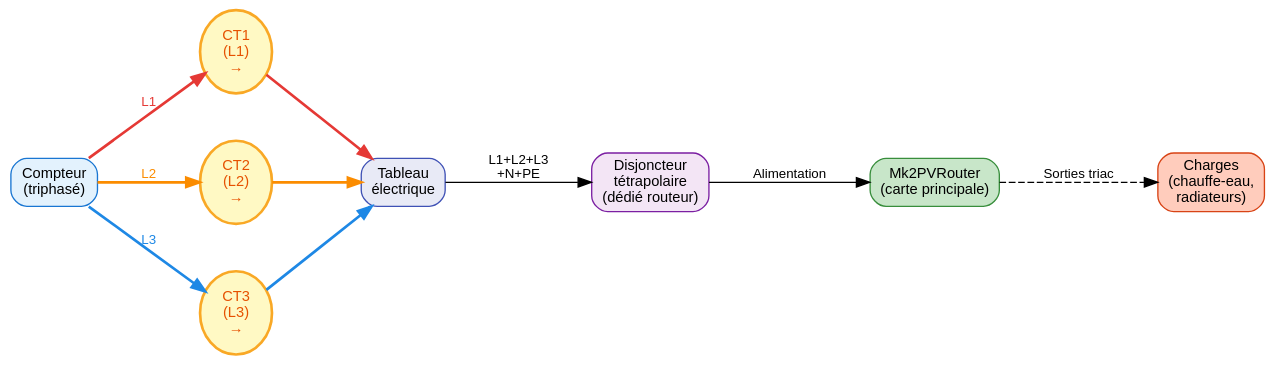
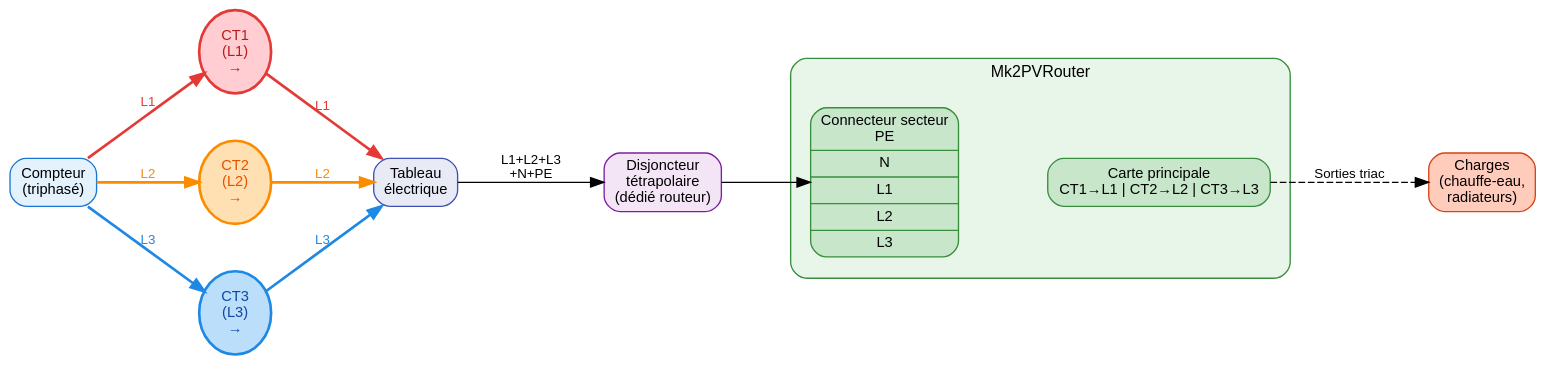
Before and after one commit to FredM67/Mk2PVRouter: the second of 2 diagrams in content/installation-finale.rst, drawn with Graphviz. The commit also changed other lines of this file and 2 other files, not shown here.

Commit message:
docs: improve CT diagrams, add Blondel theorem, reorder LV/HV
- Triphasé CT diagram: color-coded phases, show CT-to-connector
  mapping, add warning about phase/CT correspondence
- Add théorème de Blondel glossary entry with Wikipedia link
- Use :term: cross-references for all Blondel mentions
- Move low voltage section before high voltage in assembly pages
- Add cross-reference to D2-D13 connectors in LV sections

```diff
--- a/content/installation-finale.rst
+++ b/content/installation-finale.rst
@@ -215,40 +215,53 @@
 .. graphviz::
    :caption: Emplacement des CT — Installation triphasée
    :align: center
    :alt: Schéma d'installation des capteurs de courant en triphasé
 
    digraph ct_tri {
        rankdir=LR;
        node [shape=box, style="rounded,filled", fontname="Arial", fontsize=11];
        edge [fontname="Arial", fontsize=10];
        nodesep=0.5;
        ranksep=0.9;
        bgcolor=transparent;
 
        compteur [label="Compteur\n(triphasé)", fillcolor="#E3F2FD", color="#1976D2"];
 
-       ct1 [label="CT1\n(L1)\n→", shape=ellipse, fillcolor="#FFF9C4", color="#F9A825", fontcolor="#E65100", penwidth=2];
-       ct2 [label="CT2\n(L2)\n→", shape=ellipse, fillcolor="#FFF9C4", color="#F9A825", fontcolor="#E65100", penwidth=2];
-       ct3 [label="CT3\n(L3)\n→", shape=ellipse, fillcolor="#FFF9C4", color="#F9A825", fontcolor="#E65100", penwidth=2];
+       ct1 [label="CT1\n(L1)\n→", shape=ellipse, fillcolor="#FFCDD2", color="#E53935", fontcolor="#B71C1C", penwidth=2];
+       ct2 [label="CT2\n(L2)\n→", shape=ellipse, fillcolor="#FFE0B2", color="#FB8C00", fontcolor="#E65100", penwidth=2];
+       ct3 [label="CT3\n(L3)\n→", shape=ellipse, fillcolor="#BBDEFB", color="#1E88E5", fontcolor="#0D47A1", penwidth=2];
 
        tableau [label="Tableau\nélectrique", fillcolor="#E8EAF6", color="#3F51B5"];
 
        disj [label="Disjoncteur\ntétrapolaire\n(dédié routeur)", fillcolor="#F3E5F5", color="#7B1FA2"];
 
-       routeur [label="Mk2PVRouter\n(carte principale)", fillcolor="#C8E6C9", color="#388E3C"];
+       subgraph cluster_router {
+           label="Mk2PVRouter";
+           style="filled,rounded";
+           fillcolor="#E8F5E9";
+           color="#388E3C";
+           fontname="Arial";
+           fontsize=12;
+           labelloc="t";
+           margin=15;
+
+           conn [label="Connecteur secteur\nPE | N | L1 | L2 | L3", fillcolor="#C8E6C9", color="#388E3C", shape=record];
+           routeur [label="Carte principale\nCT1→L1 | CT2→L2 | CT3→L3", fillcolor="#C8E6C9", color="#388E3C"];
+       }
 
        charges [label="Charges\n(chauffe-eau,\nradiateurs)", fillcolor="#FFCCBC", color="#D84315"];
 
        compteur -> ct1 [label="L1", color="#E53935", fontcolor="#E53935", penwidth=2];
-       ct1 -> tableau [color="#E53935", penwidth=2];
+       ct1 -> tableau [label="L1", color="#E53935", fontcolor="#E53935", penwidth=2];
 
        compteur -> ct2 [label="L2", color="#FB8C00", fontcolor="#FB8C00", penwidth=2];
-       ct2 -> tableau [color="#FB8C00", penwidth=2];
+       ct2 -> tableau [label="L2", color="#FB8C00", fontcolor="#FB8C00", penwidth=2];
 
        compteur -> ct3 [label="L3", color="#1E88E5", fontcolor="#1E88E5", penwidth=2];
-       ct3 -> tableau [color="#1E88E5", penwidth=2];
+       ct3 -> tableau [label="L3", color="#1E88E5", fontcolor="#1E88E5", penwidth=2];
 
        tableau -> disj [label="L1+L2+L3\n+N+PE"];
-       disj -> routeur [label="Alimentation"];
+       disj -> conn;
+       conn -> routeur [style=invis];
        routeur -> charges [label="Sorties triac", style=dashed];
    }
```
